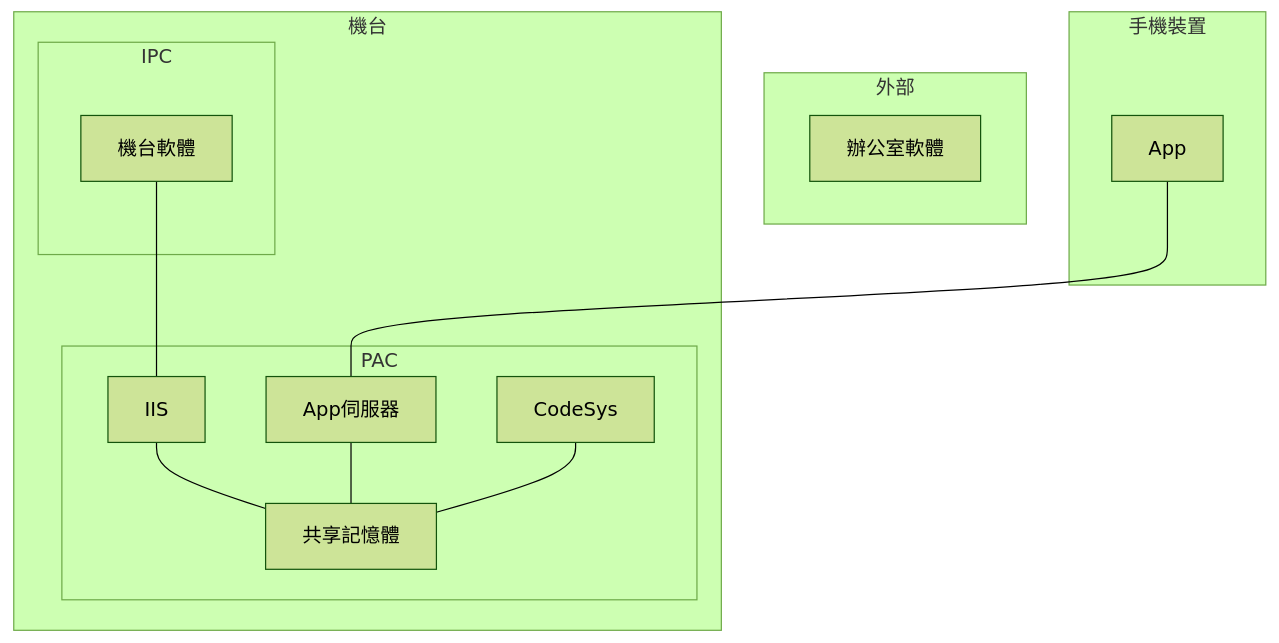
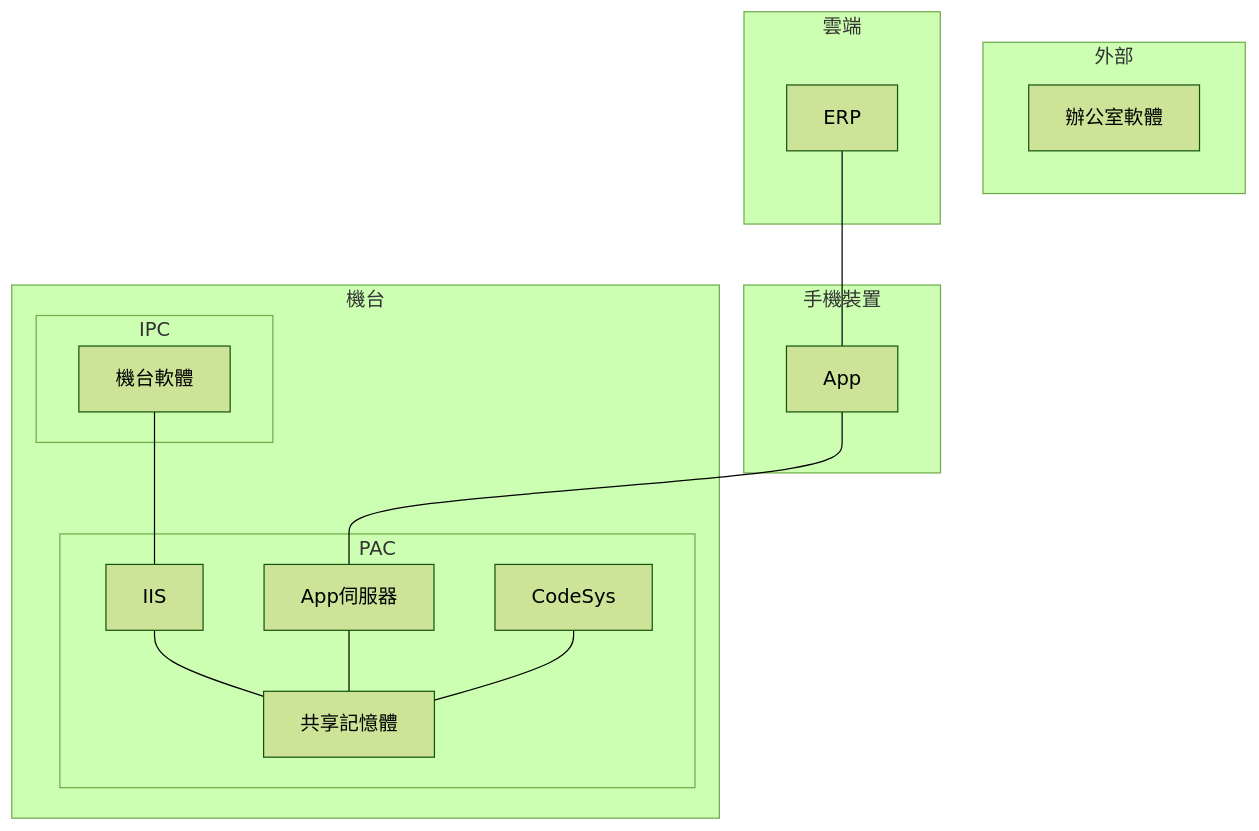
Before and after one commit to guanda-team/guanda-doc: the first of 10 diagrams in 單機版與機聯網.md, drawn with Mermaid (forest theme). The commit also changed other lines of this file and 1 other file, not shown here.

````diff
--- a/單機版與機聯網.md
+++ b/單機版與機聯網.md
@@ -5,22 +5,26 @@
 ```mermaid
 flowchart TB
   subgraph 機台
     subgraph PAC
       IIS --- 共享記憶體
       App伺服器 --- 共享記憶體
       CodeSys --- 共享記憶體
     end
 
     subgraph IPC
       機台軟體 --- IIS
     end
   end
 
   subgraph 外部
     辦公室軟體
   end
 
   subgraph 手機裝置
     App --- App伺服器
   end
+
+  subgraph 雲端
+    ERP --- App
+  end
 ```
````
